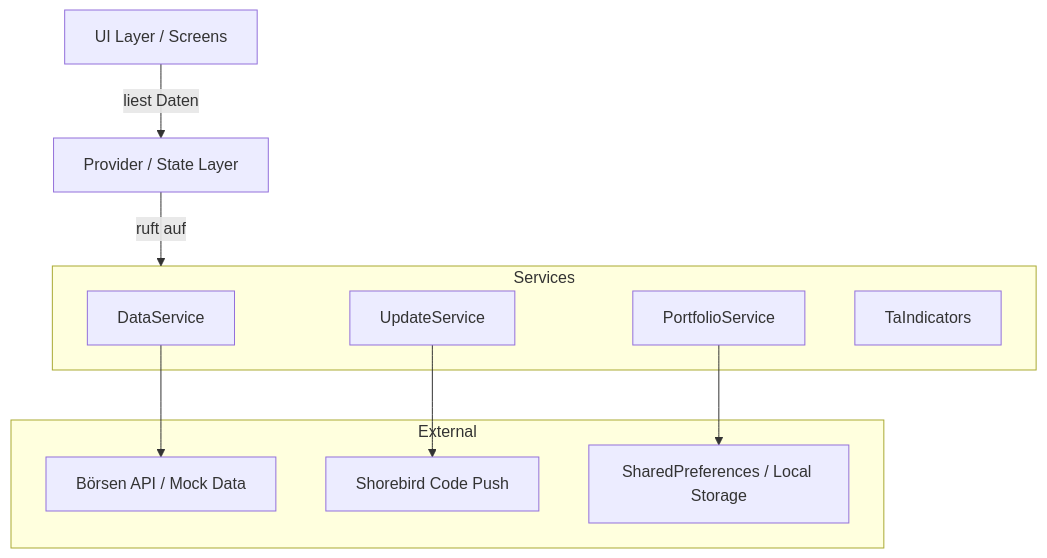
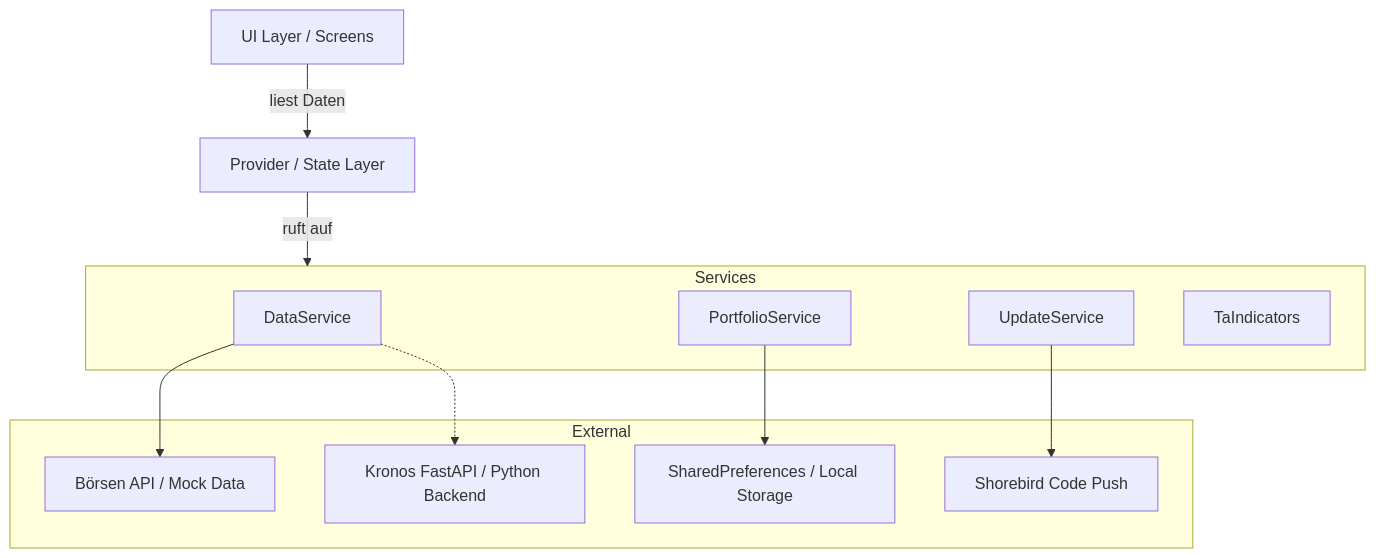
The diagram in docs/API.md (pono1012/techana), drawn with Mermaid before and after one commit. The commit also changed 20 other files, not shown here.

Commit message:
feat: integrate Kronos API backend with Flutter UI and implement finetuning pipeline

````diff
--- a/docs/API.md
+++ b/docs/API.md
@@ -16,23 +16,25 @@
 ```mermaid
 graph TD
     UI[UI Layer / Screens] -->|liest Daten| Provider[Provider / State Layer]
     Provider -->|ruft auf| Services[Service Layer]
     
     subgraph Services
     DS[DataService]
     PS[PortfolioService]
     US[UpdateService]
     TA[TaIndicators]
     end
     
     subgraph External
     API[Börsen API / Mock Data]
     Shorebird[Shorebird Code Push]
     LocalDB[SharedPreferences / Local Storage]
+    PythonAI[Kronos FastAPI / Python Backend]
     end
     
     DS --> API
     US --> Shorebird
     PS --> LocalDB
+    DS -.-> PythonAI
 
 ```
````
